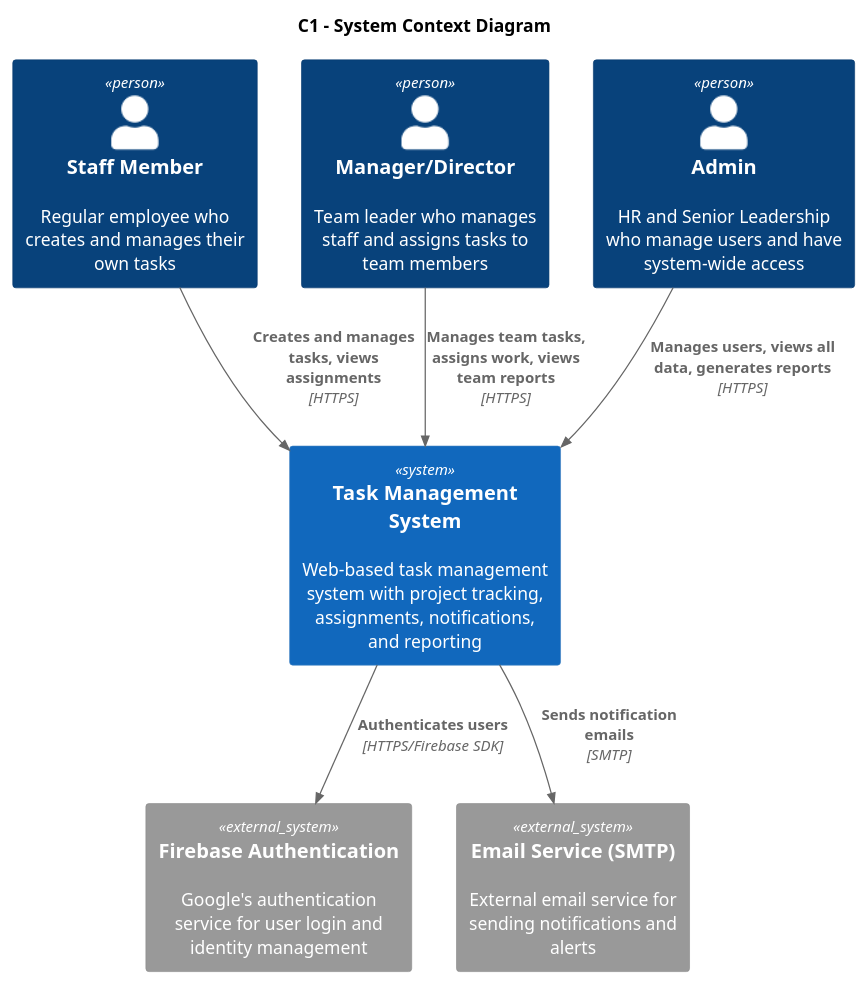
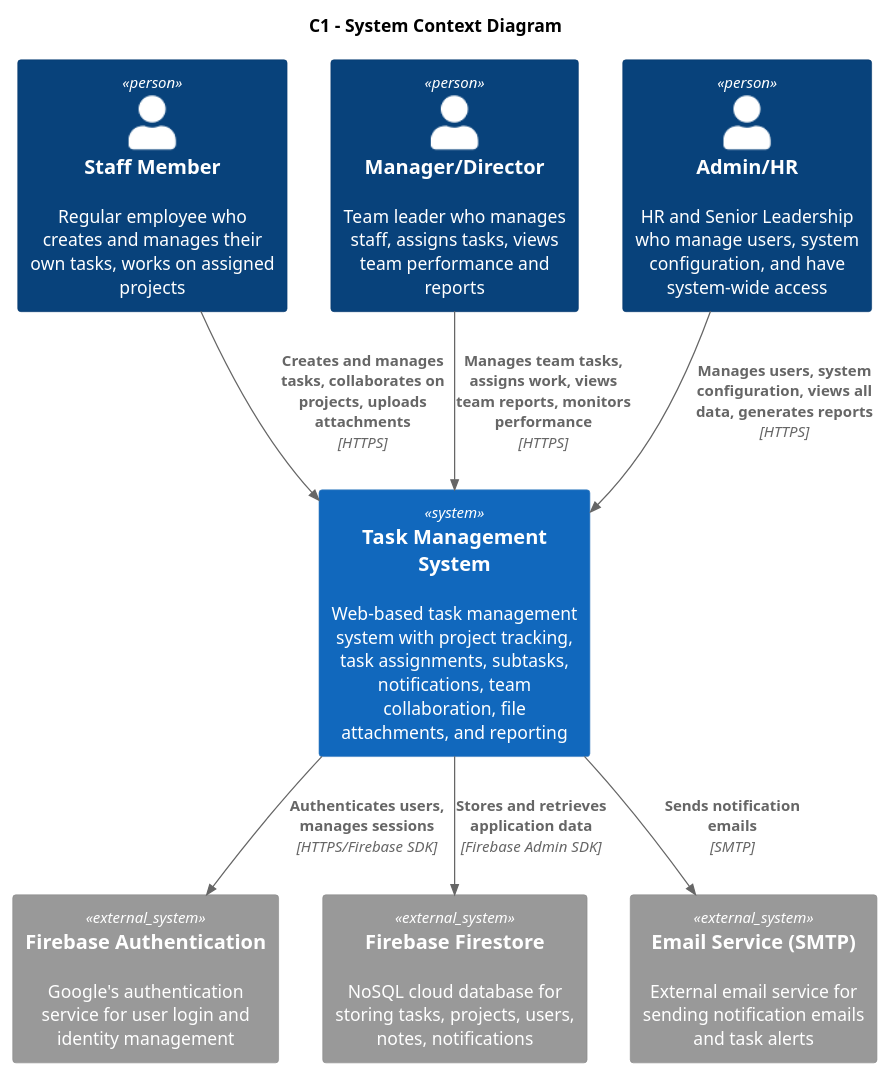
The diagram in plantuml/c1.puml (XavierTanMT/IS212---Software_Project_Management), drawn with PlantUML before and after one commit. The commit also changed 5 other files, not shown here.

Commit message:
update plant uml to follow current architecture

```diff
--- a/plantuml/c1.puml
+++ b/plantuml/c1.puml
@@ -1,22 +1,24 @@
 @startuml c1
 !include <C4/C4_Context>
 
 title C1 - System Context Diagram
 
-Person(staff, "Staff Member", "Regular employee who creates and manages their own tasks")
-Person(manager, "Manager/Director", "Team leader who manages staff and assigns tasks to team members")
-Person(admin, "Admin", "HR and Senior Leadership who manage users and have system-wide access")
+Person(staff, "Staff Member", "Regular employee who creates and manages their own tasks, works on assigned projects")
+Person(manager, "Manager/Director", "Team leader who manages staff, assigns tasks, views team performance and reports")
+Person(admin, "Admin/HR", "HR and Senior Leadership who manage users, system configuration, and have system-wide access")
 
-System(taskMgmtSystem, "Task Management System", "Web-based task management system with project tracking, assignments, notifications, and reporting")
+System(taskMgmtSystem, "Task Management System", "Web-based task management system with project tracking, task assignments, subtasks, notifications, team collaboration, file attachments, and reporting")
 
 System_Ext(firebaseAuth, "Firebase Authentication", "Google's authentication service for user login and identity management")
-System_Ext(emailService, "Email Service (SMTP)", "External email service for sending notifications and alerts")
+System_Ext(firebaseFirestore, "Firebase Firestore", "NoSQL cloud database for storing tasks, projects, users, notes, notifications")
+System_Ext(emailService, "Email Service (SMTP)", "External email service for sending notification emails and task alerts")
 
-Rel(staff, taskMgmtSystem, "Creates and manages tasks, views assignments", "HTTPS")
-Rel(manager, taskMgmtSystem, "Manages team tasks, assigns work, views team reports", "HTTPS")
-Rel(admin, taskMgmtSystem, "Manages users, views all data, generates reports", "HTTPS")
+Rel(staff, taskMgmtSystem, "Creates and manages tasks, collaborates on projects, uploads attachments", "HTTPS")
+Rel(manager, taskMgmtSystem, "Manages team tasks, assigns work, views team reports, monitors performance", "HTTPS")
+Rel(admin, taskMgmtSystem, "Manages users, system configuration, views all data, generates reports", "HTTPS")
 
-Rel(taskMgmtSystem, firebaseAuth, "Authenticates users", "HTTPS/Firebase SDK")
+Rel(taskMgmtSystem, firebaseAuth, "Authenticates users, manages sessions", "HTTPS/Firebase SDK")
+Rel(taskMgmtSystem, firebaseFirestore, "Stores and retrieves application data", "Firebase Admin SDK")
 Rel(taskMgmtSystem, emailService, "Sends notification emails", "SMTP")
 
 @enduml
```
